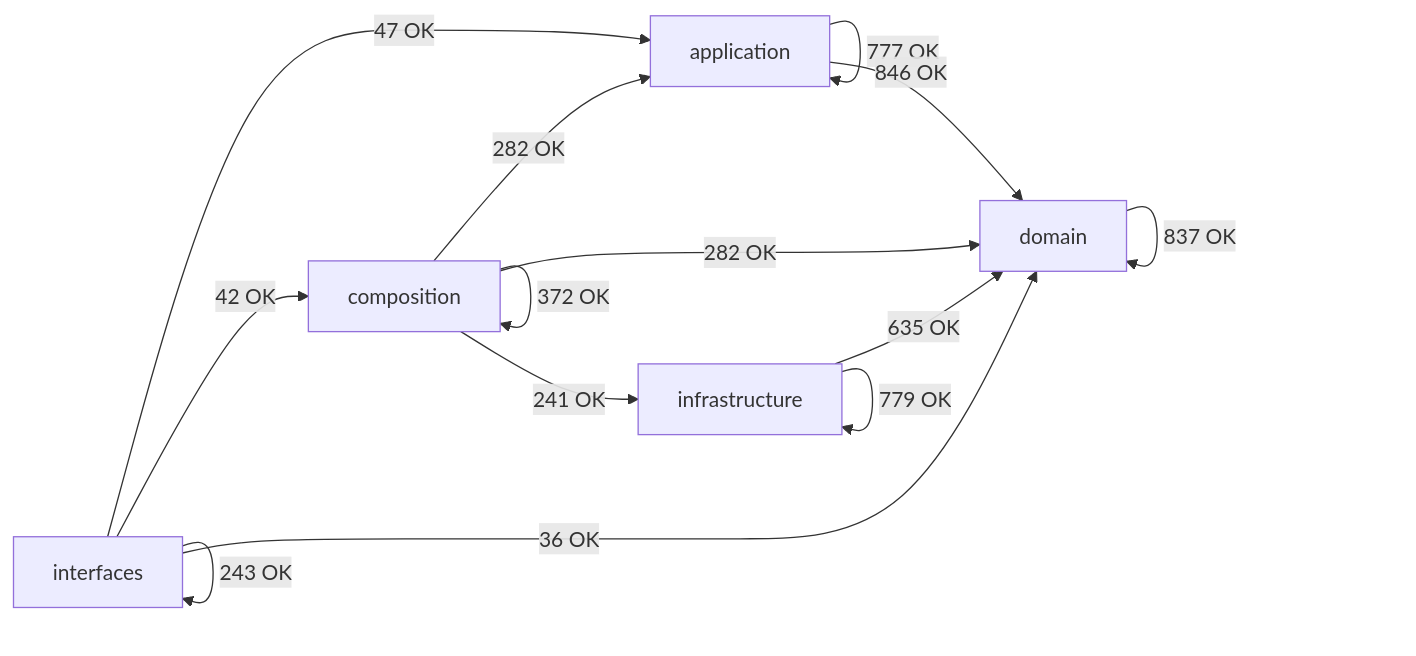
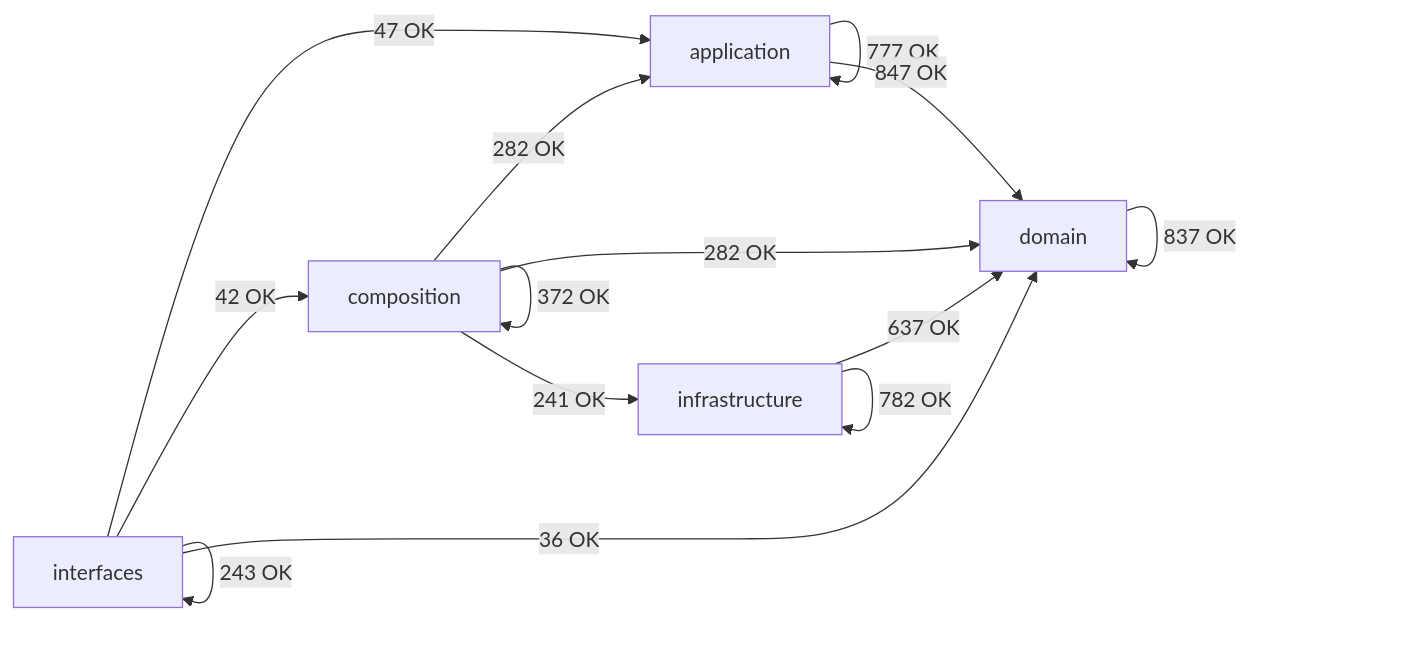
One commit to SatoryKono/BioactivityDataAcquisition changed the diagram in docs/02-architecture/generated/module-dependency-map.md. Above: the diagram before and after it, drawn with Mermaid. The commit also changed other lines of this file and 30 other files, not shown here.

````diff
--- a/docs/02-architecture/generated/module-dependency-map.md
+++ b/docs/02-architecture/generated/module-dependency-map.md
@@ -26,21 +26,21 @@
 ```mermaid
 flowchart LR
     domain[domain]
     application[application]
     infrastructure[infrastructure]
     composition[composition]
     interfaces[interfaces]
     application -->|777 OK| application
-    application -->|846 OK| domain
+    application -->|847 OK| domain
     composition -->|282 OK| application
     composition -->|372 OK| composition
     composition -->|282 OK| domain
     composition -->|241 OK| infrastructure
     domain -->|837 OK| domain
-    infrastructure -->|635 OK| domain
-    infrastructure -->|779 OK| infrastructure
+    infrastructure -->|637 OK| domain
+    infrastructure -->|782 OK| infrastructure
     interfaces -->|47 OK| application
     interfaces -->|42 OK| composition
     interfaces -->|36 OK| domain
     interfaces -->|243 OK| interfaces
 ```
````
